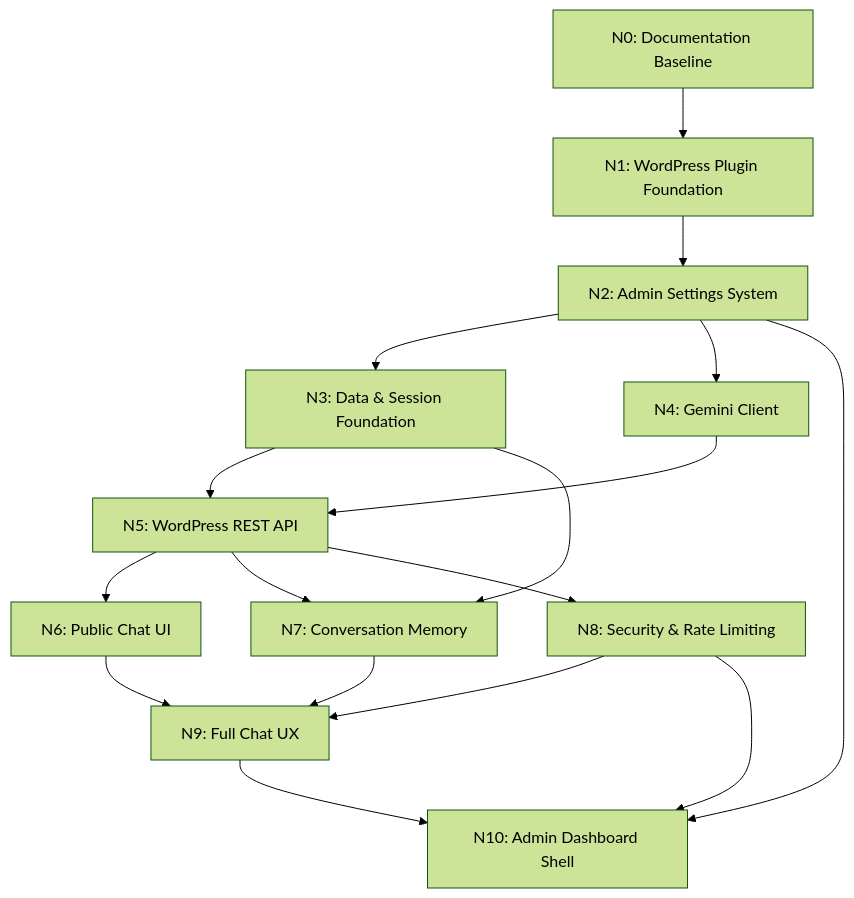
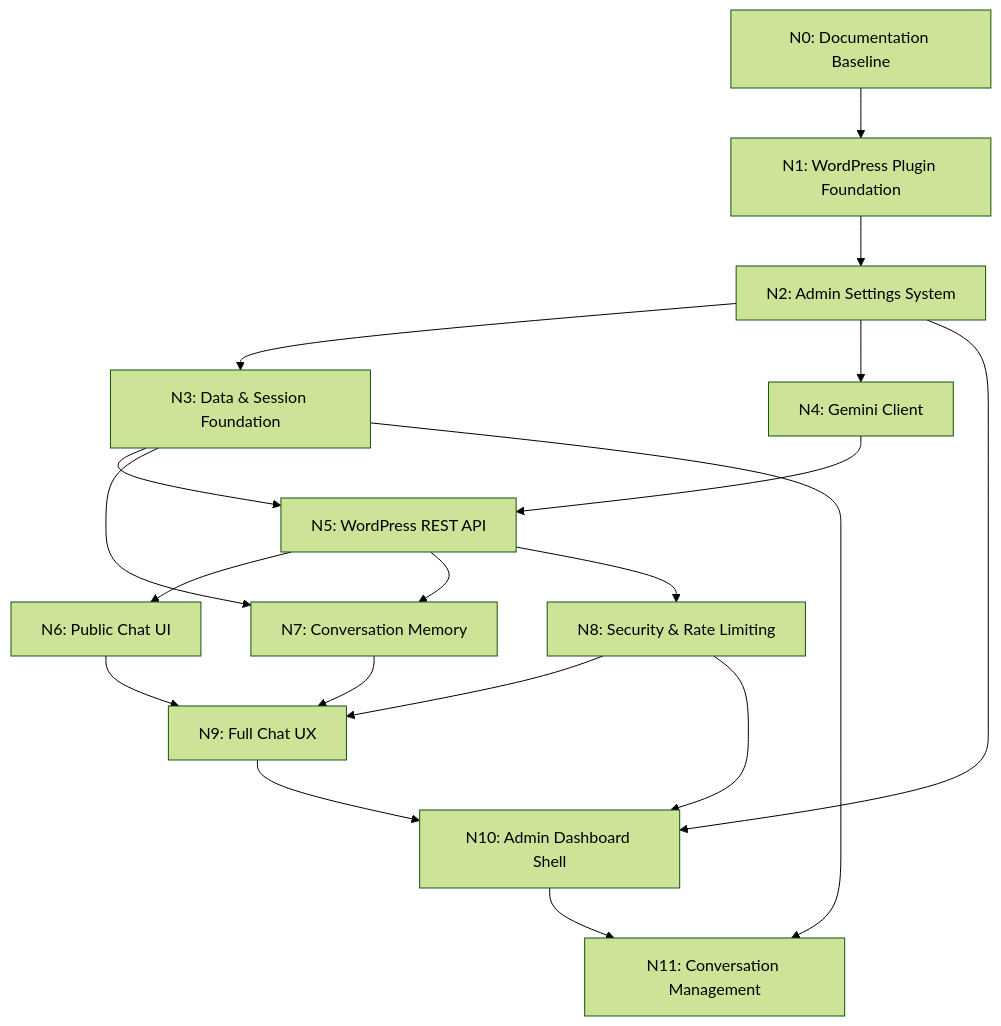
The diagram in ROADMAP.md (jattiphrswan/chatbot), drawn with Mermaid (forest theme) before and after one commit. The commit also changed other lines of this file and 9 other files, not shown here.

Commit message:
feat: complete Node N11 Conversation Management

````diff
--- a/ROADMAP.md
+++ b/ROADMAP.md
@@ -5,19 +5,21 @@
 ```mermaid
 flowchart TD
     N0[N0: Documentation Baseline] --> N1[N1: WordPress Plugin Foundation]
     N1 --> N2[N2: Admin Settings System]
     N2 --> N3[N3: Data & Session Foundation]
     N2 --> N4[N4: Gemini Client]
     N3 --> N5[N5: WordPress REST API]
     N4 --> N5
     N5 --> N6[N6: Public Chat UI]
     N3 --> N7[N7: Conversation Memory]
     N5 --> N7
     N5 --> N8[N8: Security & Rate Limiting]
     N6 --> N9[N9: Full Chat UX]
     N7 --> N9
     N8 --> N9
     N2 --> N10[N10: Admin Dashboard Shell]
     N8 --> N10
     N9 --> N10
+    N3 --> N11[N11: Conversation Management]
+    N10 --> N11
 ```
````
